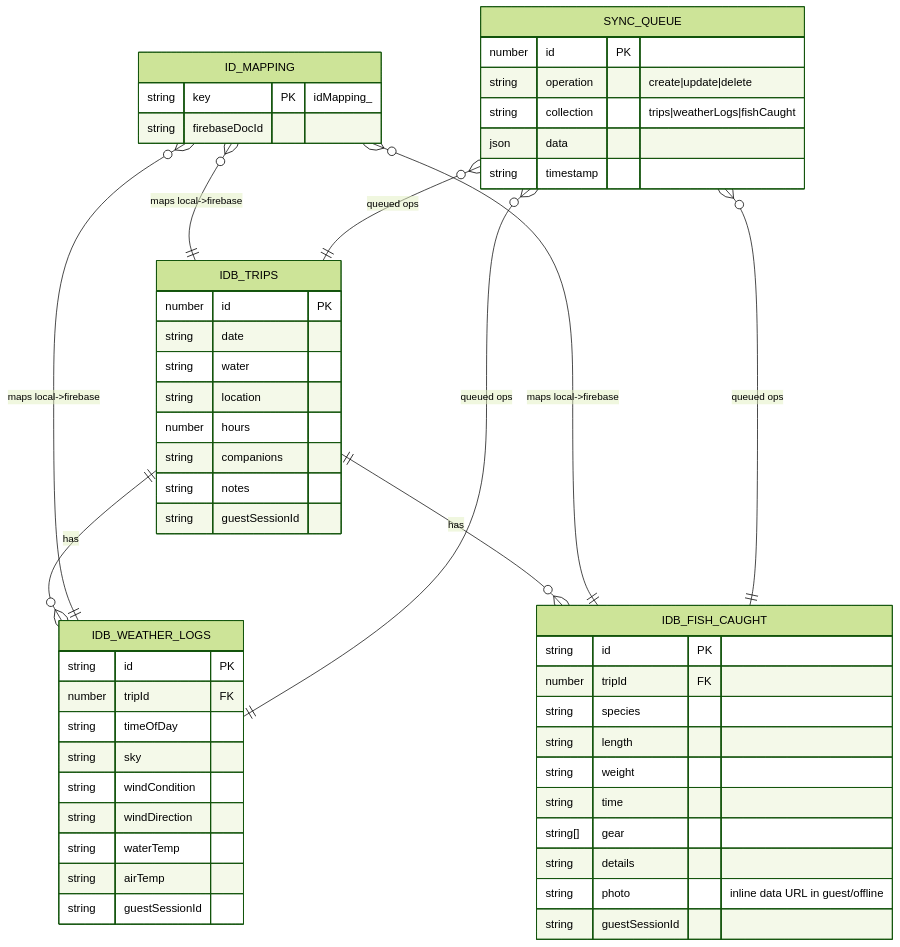
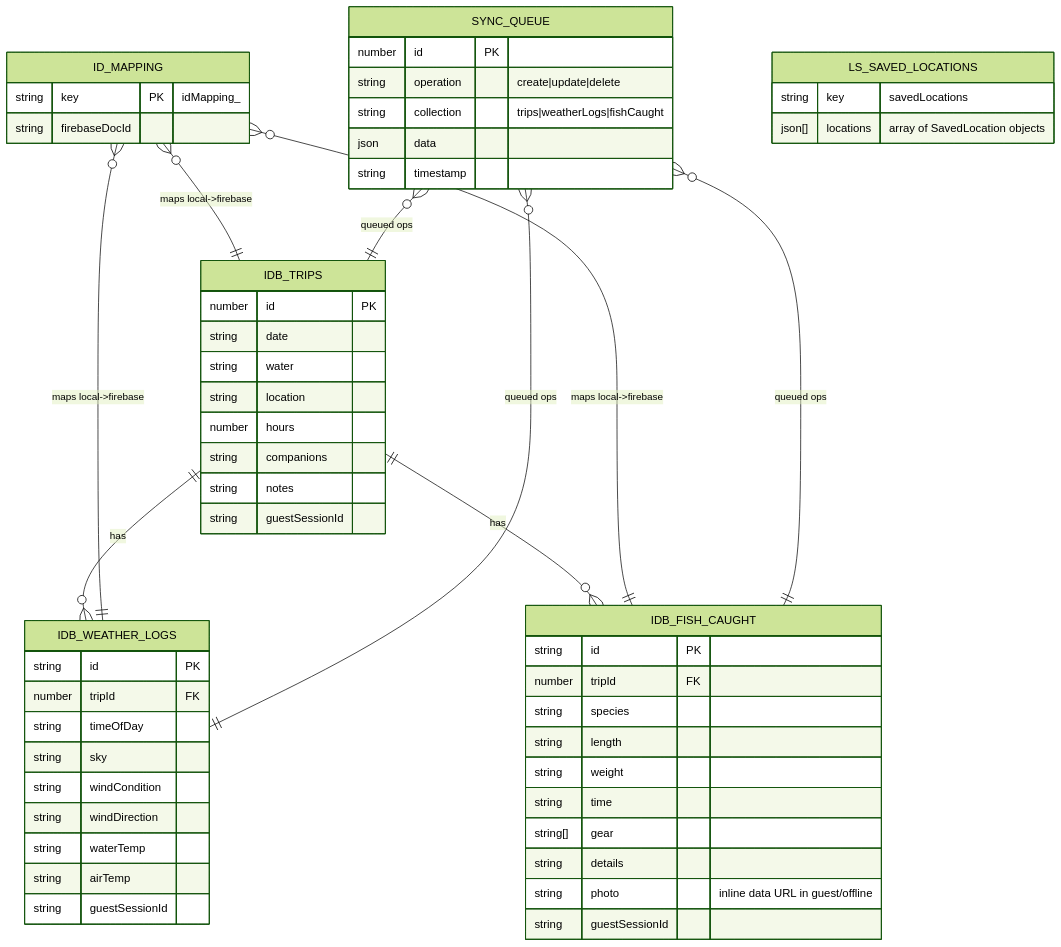
Before and after one commit to kerry-davis/maori-fishing-calendar-react: the second of 4 diagrams in docs/architecture/DATA_MODEL.md, drawn with Mermaid (forest theme). The commit also changed other lines of this file and 26 other files, not shown here.

Commit message:
feat: add locations feature with saved locations functionality

````diff
--- a/docs/architecture/DATA_MODEL.md
+++ b/docs/architecture/DATA_MODEL.md
@@ -125,60 +142,65 @@
 ```mermaid
 erDiagram
   IDB_TRIPS ||--o{ IDB_WEATHER_LOGS : "has"
   IDB_TRIPS ||--o{ IDB_FISH_CAUGHT : "has"
   ID_MAPPING o{--|| IDB_TRIPS : "maps local->firebase"
   ID_MAPPING o{--|| IDB_WEATHER_LOGS : "maps local->firebase"
   ID_MAPPING o{--|| IDB_FISH_CAUGHT : "maps local->firebase"
   SYNC_QUEUE o{--|| IDB_TRIPS : "queued ops"
   SYNC_QUEUE o{--|| IDB_WEATHER_LOGS : "queued ops"
   SYNC_QUEUE o{--|| IDB_FISH_CAUGHT : "queued ops"
 
   IDB_TRIPS {
     number id PK
     string date
     string water
     string location
     number hours
     string companions
     string notes
     string guestSessionId
+  }
+
+  LS_SAVED_LOCATIONS {
+    string key        "savedLocations"
+    json[] locations  "array of SavedLocation objects"
   }
 
   IDB_WEATHER_LOGS {
     string id PK
     number tripId FK
     string timeOfDay
     string sky
     string windCondition
     string windDirection
     string waterTemp
     string airTemp
     string guestSessionId
   }
 
   IDB_FISH_CAUGHT {
     string id PK
     number tripId FK
     string species
     string length
     string weight
     string time
     string[] gear
     string details
     string photo       "inline data URL in guest/offline"
     string guestSessionId
   }
 
   ID_MAPPING {
     string key PK   "idMapping_<uid>_<collection>_<localId>"
     string firebaseDocId
   }
 
   SYNC_QUEUE {
     number id PK
     string operation  "create|update|delete"
     string collection "trips|weatherLogs|fishCaught"
     json data
     string timestamp
   }
 ```
````
